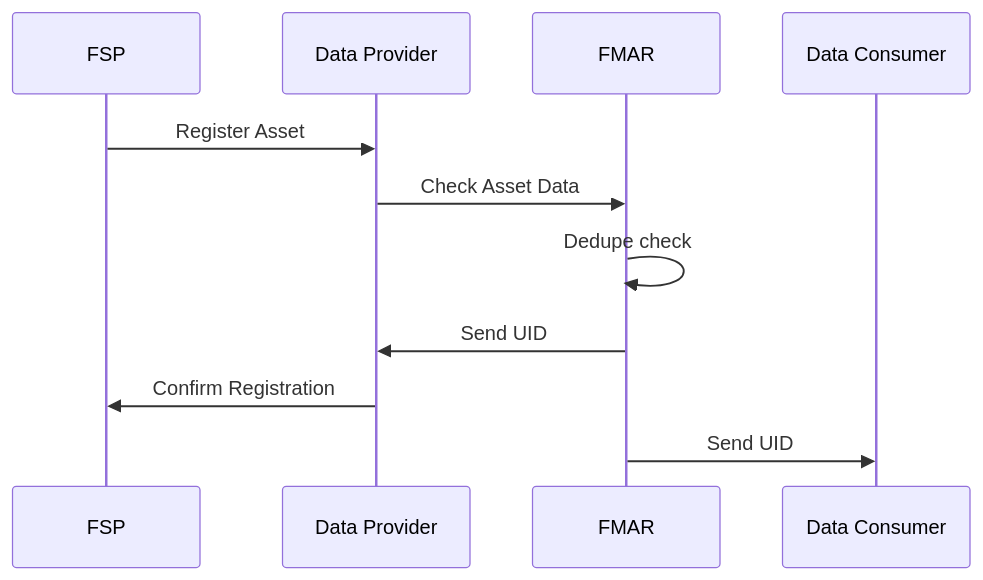
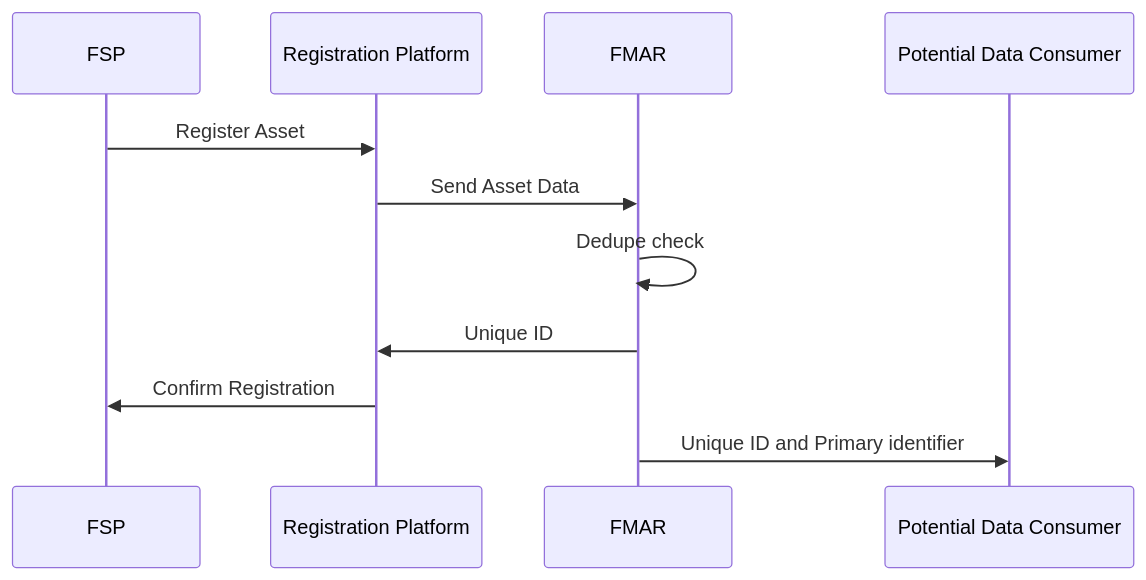
Before and after one commit to mez-FMDA/test2: the third of 6 diagrams in docs/Market_Facilitator/FMAR_Design/Data_Architecture/Sequence_Diagram_centralised_Vs_Decentralised.md, drawn with Mermaid. The commit also changed other lines of this file, not shown here.

````diff
--- a/docs/Market_Facilitator/FMAR_Design/Data_Architecture/Sequence_Diagram_centralised_Vs_Decentralised.md
+++ b/docs/Market_Facilitator/FMAR_Design/Data_Architecture/Sequence_Diagram_centralised_Vs_Decentralised.md
@@ -57,14 +57,13 @@
 ```mermaid
 sequenceDiagram
     participant FSP
-    participant Data Provider
+    participant Registration Platform
     participant FMAR
-    participant Data Consumer
-    FSP->>Data Provider: Register Asset
-    Data Provider->>FMAR: Check Asset Data
+    participant Potential Data Consumer
+    FSP->>Registration Platform: Register Asset
+    Registration Platform->>FMAR: Send Asset Data
     FMAR->>FMAR: Dedupe check
-    FMAR->> Data Provider: Send UID
-    Data Provider->>FSP: Confirm Registration
-    FMAR->> Data Consumer: Send UID
-
+    FMAR->> Registration Platform: Unique ID
+    Registration Platform->>FSP: Confirm Registration
+    FMAR->> Potential Data Consumer: Unique ID and Primary identifier
 ```
````
